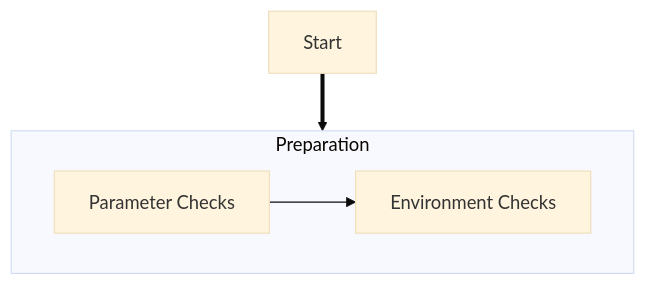
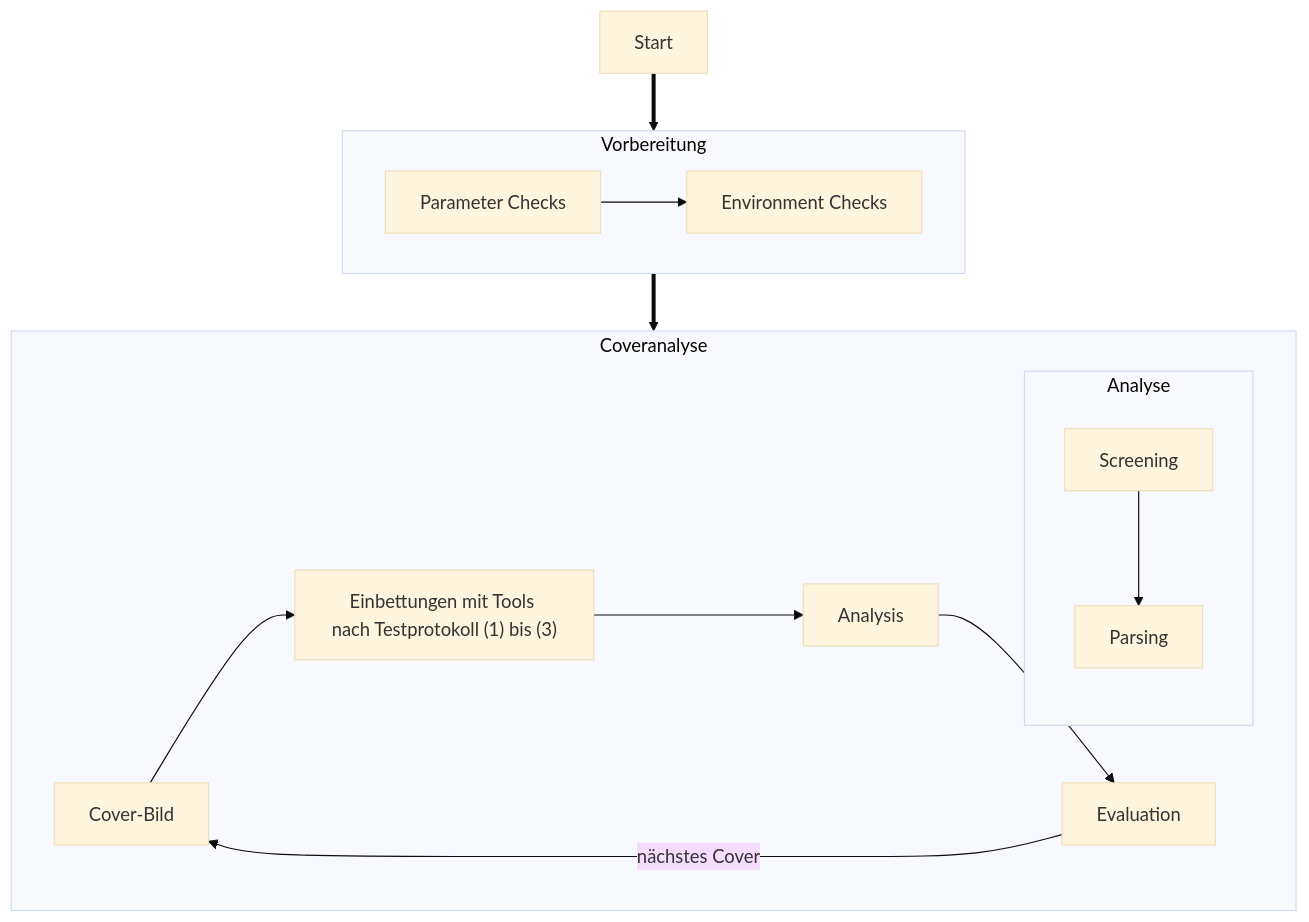
One commit to bh-8/amsl-it-security-projects changed the diagram in SMKITS5/README.md. Above: the diagram before and after it, drawn with Mermaid (base theme).

````diff
--- a/SMKITS5/README.md
+++ b/SMKITS5/README.md
@@ -78,11 +78,26 @@
     ```mermaid
     flowchart TB;
       start["Start"]
-      subgraph Preparation
+      subgraph Vorbereitung
         direction LR
         params["Parameter Checks"]
         env["Environment Checks"]
         params-->env
       end
-      start==>Preparation
+      subgraph Coveranalyse
+        direction LR
+        new["Cover-Bild"]
+        embed["Einbettungen mit Tools nach Testprotokoll (1) bis (3)"]
+        subgraph Analyse
+          direction TB
+          screening["Screening"]
+          parsing["Parsing"]
+          screening-->parsing
+        end
+        eval["Evaluation"]
+        new-->embed-->Analysis-->eval
+        eval--nächstes Cover-->new
+      end
+      start==>Vorbereitung
+      Vorbereitung==>Coveranalyse
     ```
````
